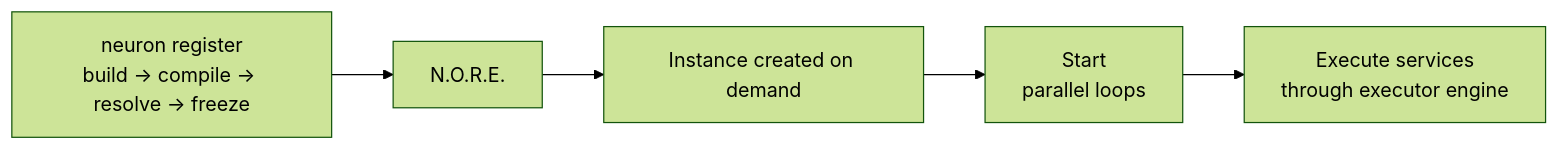
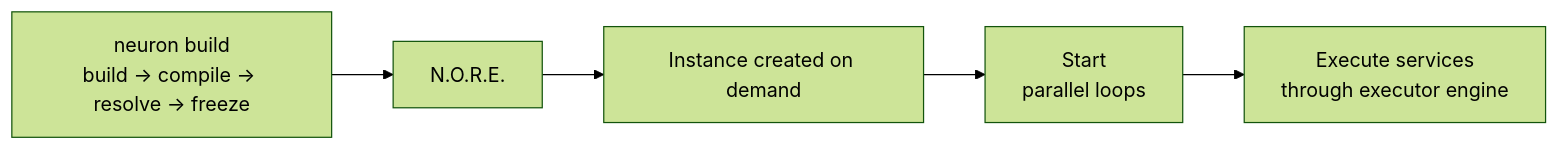
Before and after one commit to Muhammad-Jay/neuron: the third of 4 diagrams in docs/RUNTIME.md, drawn with Mermaid (forest theme). The commit also changed other lines of this file and 12 other files, not shown here.

Commit message:
docs(cli): migrate to neuron build, fix daemon/init lifecycle docs, SDK built-in executor default

````diff
--- a/docs/RUNTIME.md
+++ b/docs/RUNTIME.md
@@ -130,7 +130,7 @@
 ```mermaid
 flowchart LR
-    A[neuron register<br/>build → compile → resolve → freeze] --> B[N.O.R.E.]
+    A[neuron build<br/>build → compile → resolve → freeze] --> B[N.O.R.E.]
     B --> C[Instance created on demand]
     C --> D[Start<br/>parallel loops]
     D --> E[Execute services<br/>through executor engine]
 ```
````
